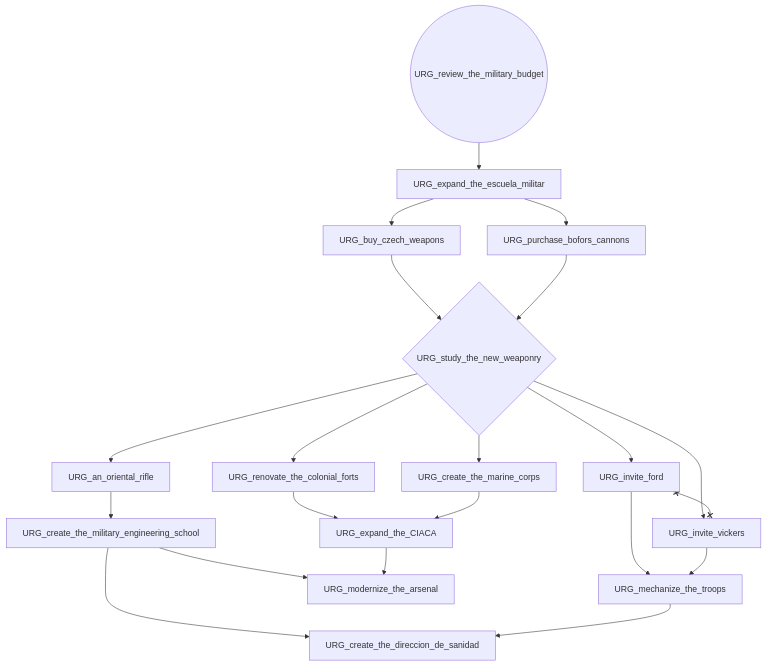
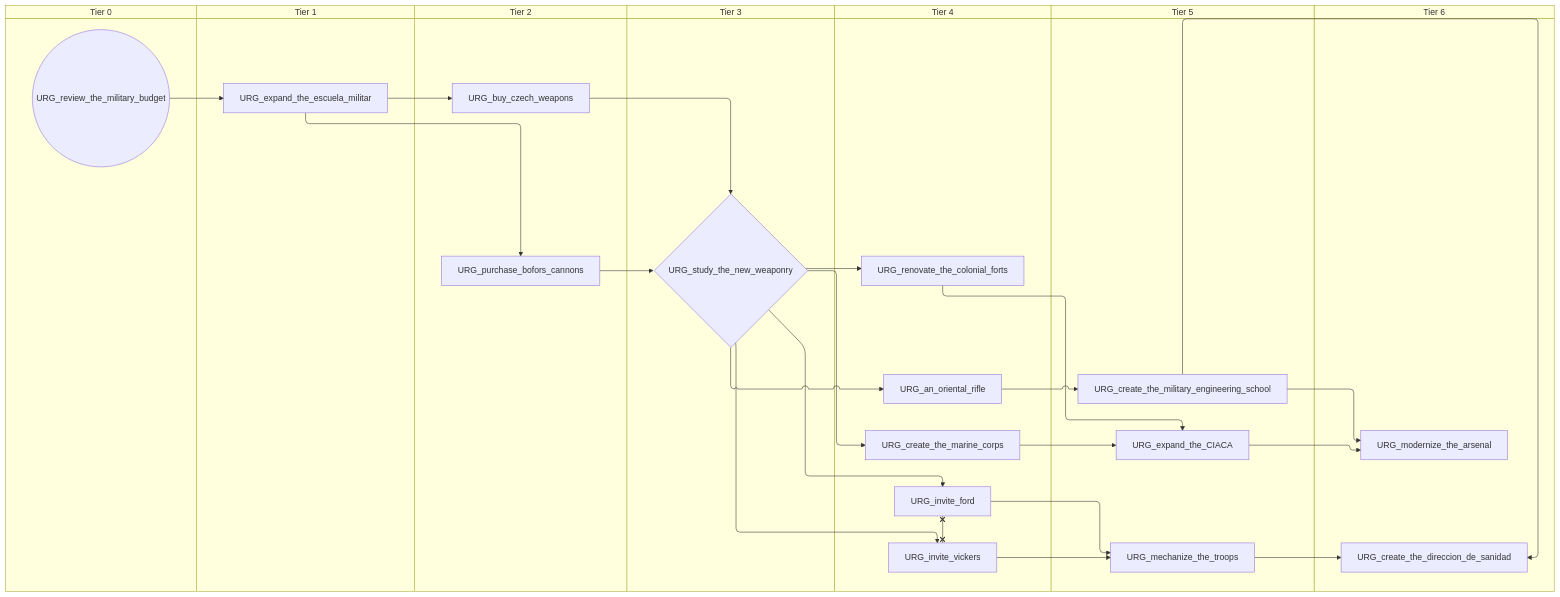
One commit to evgeny-sobol/hoi4-sandbox-mode-r56 changed the first of 2 diagrams in docs/gdd/National Focuses/r56/uruguay.md. Above: the diagram before and after it, drawn with Mermaid. The commit also changed other lines of this file and 423 other files, not shown here.

First line of the commit message:
Re-export Rt56 focus trees as swimlane diagrams

````diff
--- a/docs/gdd/National Focuses/r56/uruguay.md
+++ b/docs/gdd/National Focuses/r56/uruguay.md
@@ -3,38 +3,52 @@
 ```mermaid
-flowchart TD
-    n1["URG_an_oriental_rifle"]
-    n2["URG_buy_czech_weapons"]
-    n3["URG_create_the_direccion_de_sanidad"]
-    n4["URG_create_the_marine_corps"]
-    n5["URG_create_the_military_engineering_school"]
-    n6["URG_expand_the_CIACA"]
-    n7["URG_expand_the_escuela_militar"]
-    n8["URG_invite_ford"]
-    n9["URG_invite_vickers"]
-    n10["URG_mechanize_the_troops"]
-    n11["URG_modernize_the_arsenal"]
-    n12["URG_purchase_bofors_cannons"]
-    n13["URG_renovate_the_colonial_forts"]
-    n14(("URG_review_the_military_budget"))
-    n15{"URG_study_the_new_weaponry"}
-    n15 --> n1
-    n7 --> n2
-    n5 --> n3
-    n10 --> n3
-    n15 --> n4
-    n1 --> n5
-    n13 --> n6
-    n4 --> n6
-    n14 --> n7
-    n15 --> n8
-    n15 --> n9
-    n8 --> n10
-    n9 --> n10
-    n5 --> n11
+swimlane-beta TD
+    subgraph tier_0["Tier 0"]
+        n1(("URG_review_the_military_budget"))
+    end
+    subgraph tier_1["Tier 1"]
+        n2["URG_expand_the_escuela_militar"]
+    end
+    subgraph tier_2["Tier 2"]
+        n3["URG_buy_czech_weapons"]
+        n4["URG_purchase_bofors_cannons"]
+    end
+    subgraph tier_3["Tier 3"]
+        n5{"URG_study_the_new_weaponry"}
+    end
+    subgraph tier_4["Tier 4"]
+        n6["URG_an_oriental_rifle"]
+        n7["URG_create_the_marine_corps"]
+        n8["URG_invite_ford"]
+        n9["URG_invite_vickers"]
+        n10["URG_renovate_the_colonial_forts"]
+    end
+    subgraph tier_5["Tier 5"]
+        n11["URG_create_the_military_engineering_school"]
+        n12["URG_expand_the_CIACA"]
+        n13["URG_mechanize_the_troops"]
+    end
+    subgraph tier_6["Tier 6"]
+        n14["URG_create_the_direccion_de_sanidad"]
+        n15["URG_modernize_the_arsenal"]
+    end
+    n5 --> n6
+    n2 --> n3
+    n11 --> n14
+    n13 --> n14
+    n5 --> n7
     n6 --> n11
+    n10 --> n12
     n7 --> n12
-    n15 --> n13
-    n2 --> n15
+    n1 --> n2
+    n5 --> n8
+    n5 --> n9
+    n8 --> n13
+    n9 --> n13
+    n11 --> n15
     n12 --> n15
+    n2 --> n4
+    n5 --> n10
+    n3 --> n5
+    n4 --> n5
     n8 x--x n9
 ```
````
